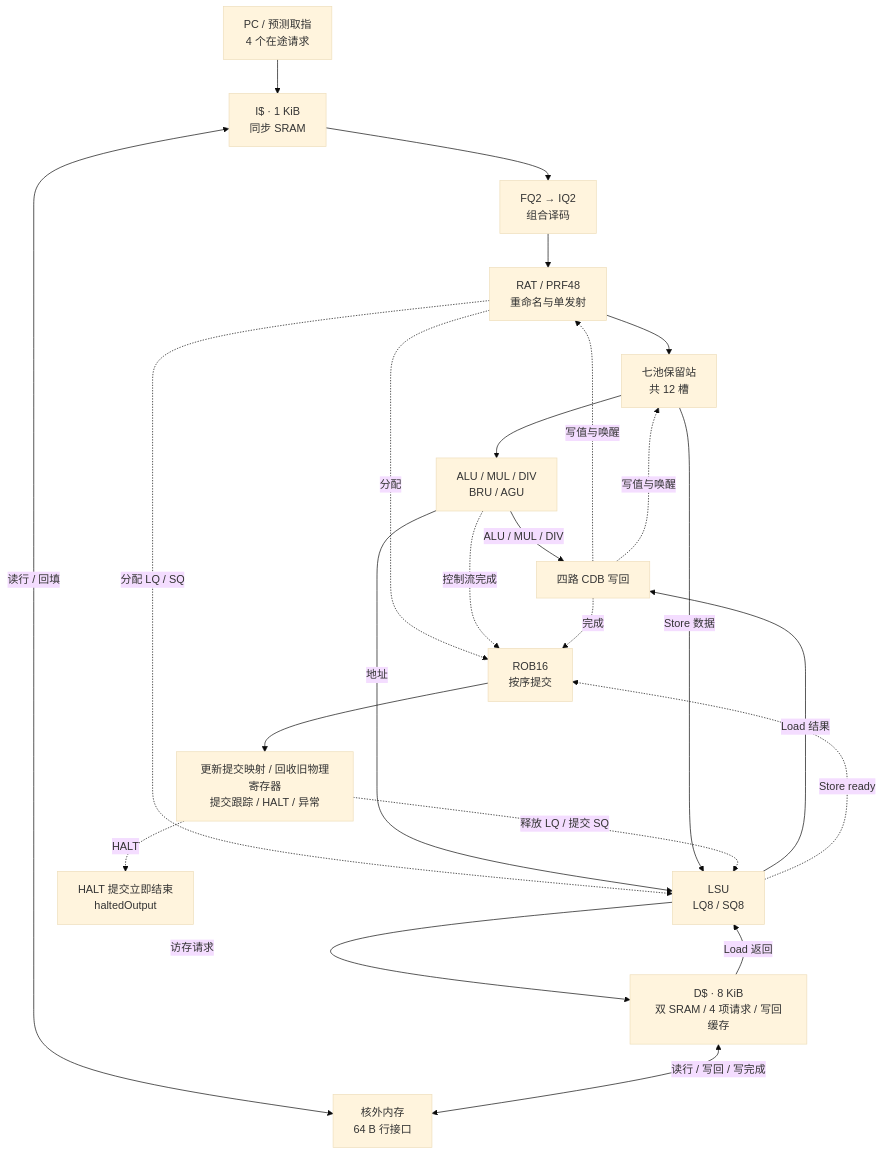
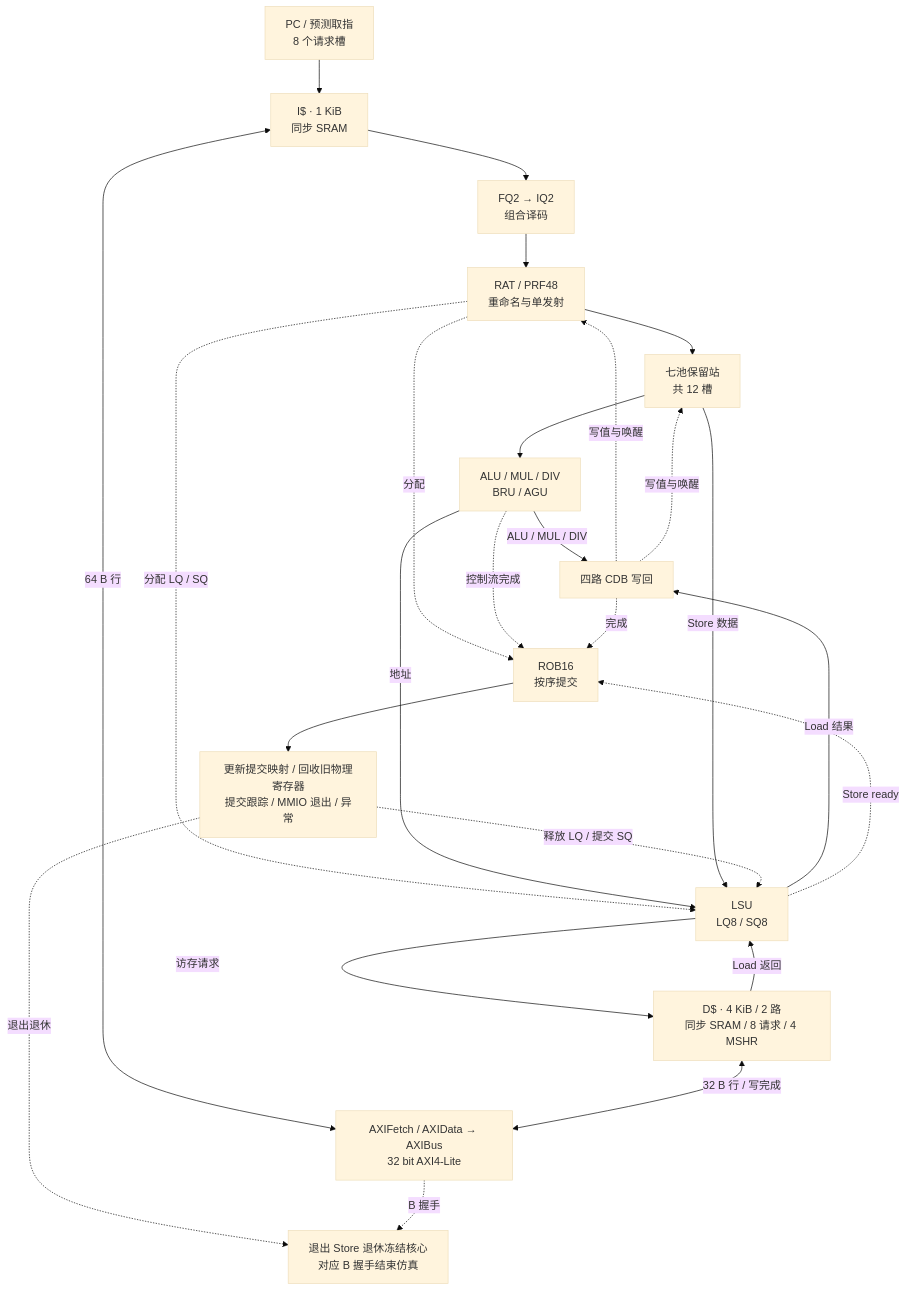
One commit to CPU-2026/RISC-V-CPU-2026 changed the first of 3 diagrams in README.md. Above: the diagram before and after it, drawn with Mermaid (base theme). The commit also changed other lines of this file and 79 other files, not shown here.

Commit message:
update: connect to the AXI4-lite bus

````diff
--- a/README.md
+++ b/README.md
@@ -15,35 +30,35 @@
 ```mermaid
 flowchart TB
-    FETCH["PC / 预测取指<br/>4 个在途请求"]
+    FETCH["PC / 预测取指<br/>8 个请求槽"]
     IC["I$ · 1 KiB<br/>同步 SRAM"]
     FRONT["FQ2 → IQ2<br/>组合译码"]
     ISSUE["RAT / PRF48<br/>重命名与单发射"]
     RS["七池保留站<br/>共 12 槽"]
     EXEC["ALU / MUL / DIV<br/>BRU / AGU"]
     WB["四路 CDB 写回"]
     ROB["ROB16<br/>按序提交"]
-    COMMIT["更新提交映射 / 回收旧物理寄存器<br/>提交跟踪 / HALT / 异常"]
+    COMMIT["更新提交映射 / 回收旧物理寄存器<br/>提交跟踪 / MMIO 退出 / 异常"]
     LSU["LSU<br/>LQ8 / SQ8"]
-    DC["D$ · 8 KiB<br/>双 SRAM / 4 项请求 / 写回缓存"]
-    MEM["核外内存<br/>64 B 行接口"]
-    DONE["HALT 提交立即结束<br/>haltedOutput"]
-
+    DC["D$ · 4 KiB / 2 路<br/>同步 SRAM / 8 请求 / 4 MSHR"]
+    MEM["AXIFetch / AXIData → AXIBus<br/>32 bit AXI4-Lite"]
+    DONE["退出 Store 退休冻结核心<br/>对应 B 握手结束仿真"]
     FETCH --> IC --> FRONT --> ISSUE --> RS --> EXEC
     ISSUE -.->|分配| ROB
     ISSUE -.->|分配 LQ / SQ| LSU
     EXEC -->|ALU / MUL / DIV| WB
     EXEC -->|地址| LSU
     RS -->|Store 数据| LSU
     EXEC -.->|控制流完成| ROB
     LSU -->|Load 结果| WB
     WB -.->|完成| ROB
     WB -.->|写值与唤醒| ISSUE & RS
     LSU -.->|Store ready| ROB
     ROB --> COMMIT
     COMMIT -.->|释放 LQ / 提交 SQ| LSU
     LSU -->|访存请求| DC
     DC -->|Load 返回| LSU
-    IC <-->|读行 / 回填| MEM
-    DC <-->|读行 / 写回 / 写完成| MEM
-    COMMIT -.->|HALT| DONE
+    IC <-->|64 B 行| MEM
+    DC <-->|32 B 行 / 写完成| MEM
+    COMMIT -.->|退出退休| DONE
+    MEM -.->|B 握手| DONE
 ```
````
